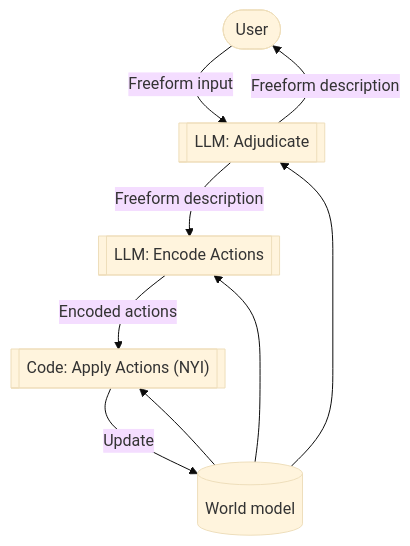
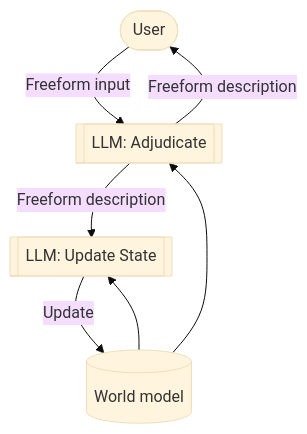
One commit to Anatta336/llm-dungeon changed the diagram in readme.md. Above: the diagram before and after it, drawn with Mermaid (base theme). The commit also changed other lines of this file, not shown here.

````diff
--- a/readme.md
+++ b/readme.md
@@ -15,18 +15,15 @@
 ```mermaid
 graph TB
 
 user(["User"])
 llmAdjudicate[["LLM: Adjudicate"]]
 world[("World model")]
-llmEncode[["LLM: Encode Actions"]]
-codeActions[["Code: Apply Actions (NYI)"]]
+llmEncode[["LLM: Update State"]]
 
 user --"Freeform input"--> llmAdjudicate
 world --> llmAdjudicate
 llmAdjudicate --"Freeform description"--> llmEncode
 world --> llmEncode
-llmEncode --"Encoded actions"--> codeActions
-world --> codeActions
-codeActions --"Update"--> world
+llmEncode --"Update"--> world
 llmAdjudicate --"Freeform description"--> user
 ```
````
